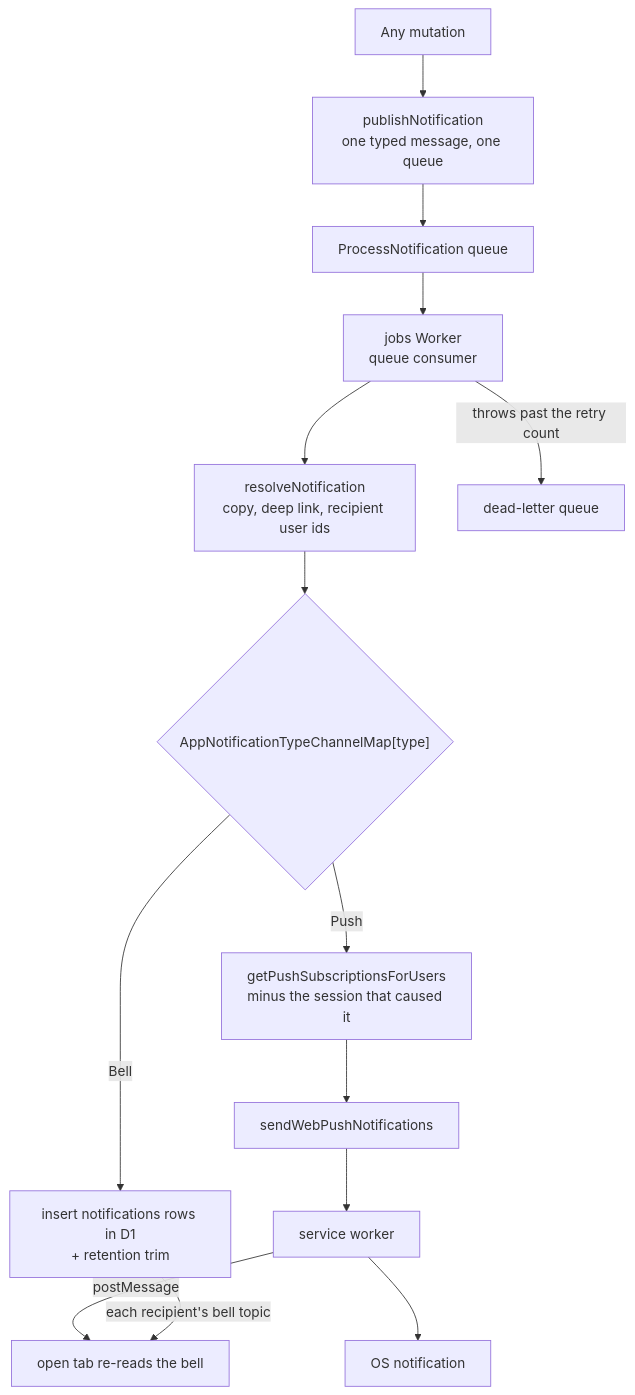
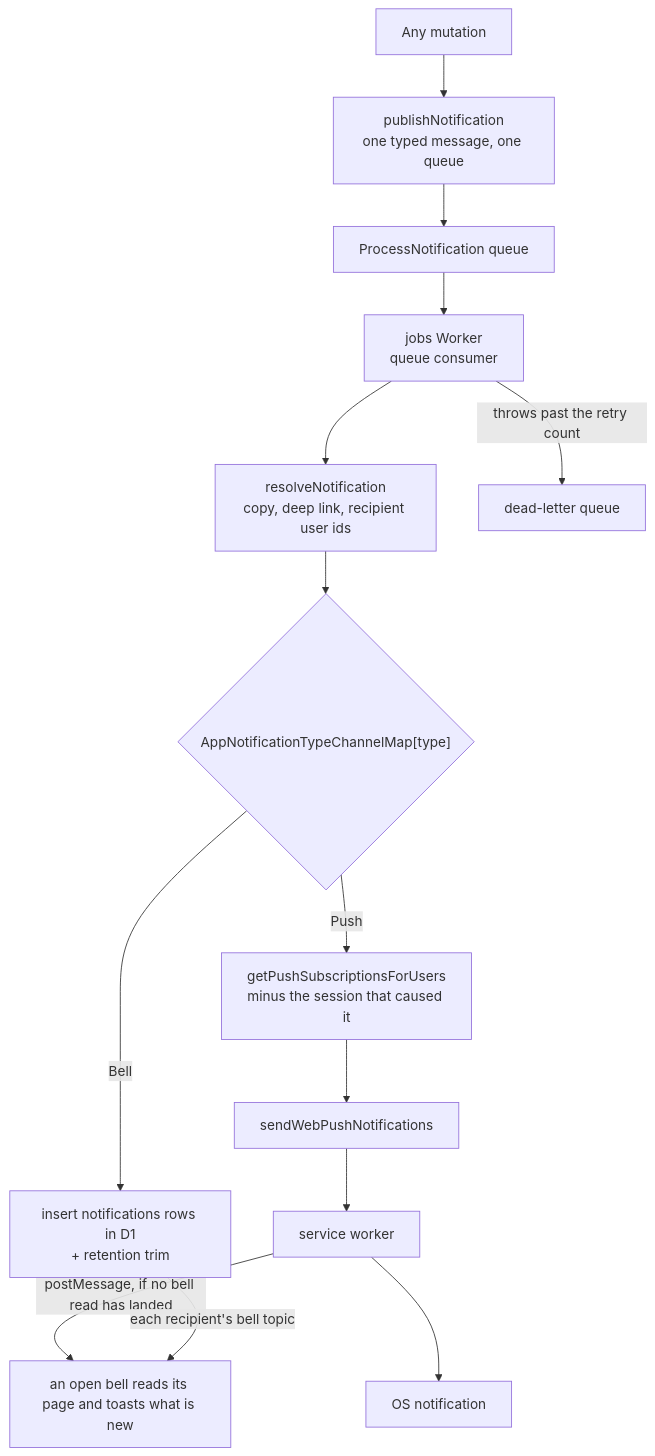
The diagram in openspec/specs/architecture/notifications/design.md (Esposter/Esposter), drawn with Mermaid before and after one commit. The commit also changed other lines of this file and 10 other files, not shown here.

First line of the commit message:
fix(web): a push is read once, and the bell's topic read toasts the rows it adds

````diff
--- a/openspec/specs/architecture/notifications/design.md
+++ b/openspec/specs/architecture/notifications/design.md
@@ -9,16 +9,16 @@
 ```mermaid
 flowchart TD
   SRC["Any mutation"] --> PUB["publishNotification<br/>one typed message, one queue"]
   PUB --> Q["ProcessNotification queue"]
   Q --> FN["jobs Worker<br/>queue consumer"]
   FN --> RES["resolveNotification<br/>copy, deep link, recipient user ids"]
   RES --> POL{"AppNotificationTypeChannelMap[type]"}
   POL -->|Bell| ROW["insert notifications rows in D1<br/>+ retention trim"]
   POL -->|Push| SUB["getPushSubscriptionsForUsers<br/>minus the session that caused it"]
   SUB --> WP["sendWebPushNotifications"]
   WP --> SW["service worker"]
   SW --> OS["OS notification"]
-  SW -->|postMessage| TAB["open tab re-reads the bell"]
-  ROW -->|"each recipient's bell topic"| TAB
+  SW -->|"postMessage, if no bell read has landed"| TAB["the tab reads the bell and toasts what is new"]
+  ROW -->|"each recipient's bell topic"| TAB["an open bell reads its page and toasts what is new"]
   FN -->|"throws past the retry count"| DLQ["dead-letter queue"]
 ```
````
